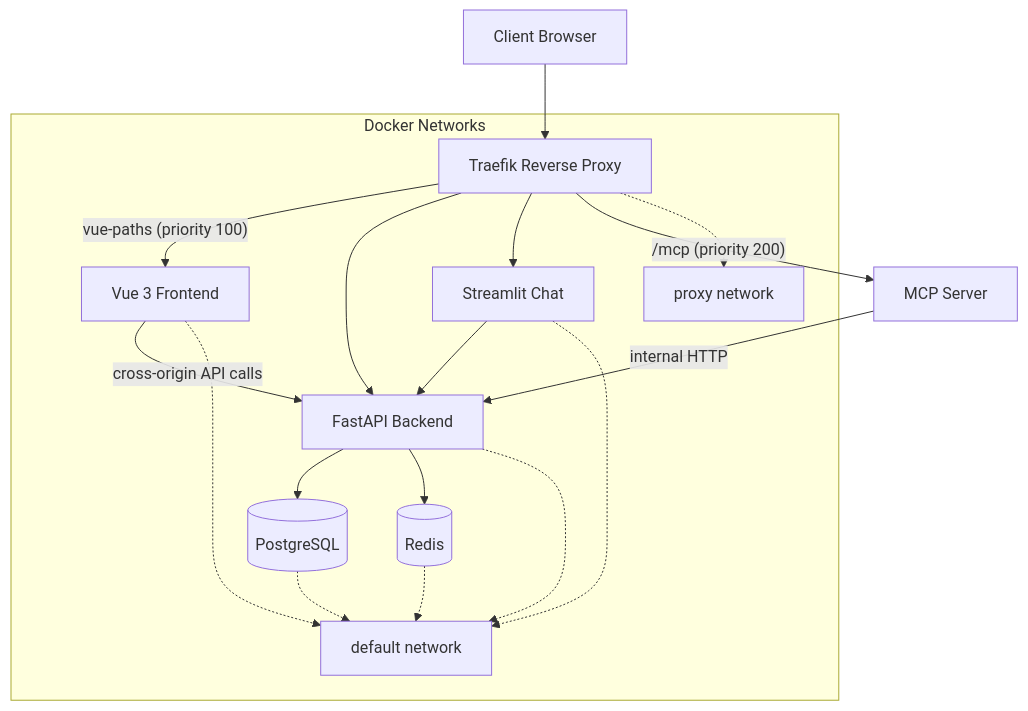
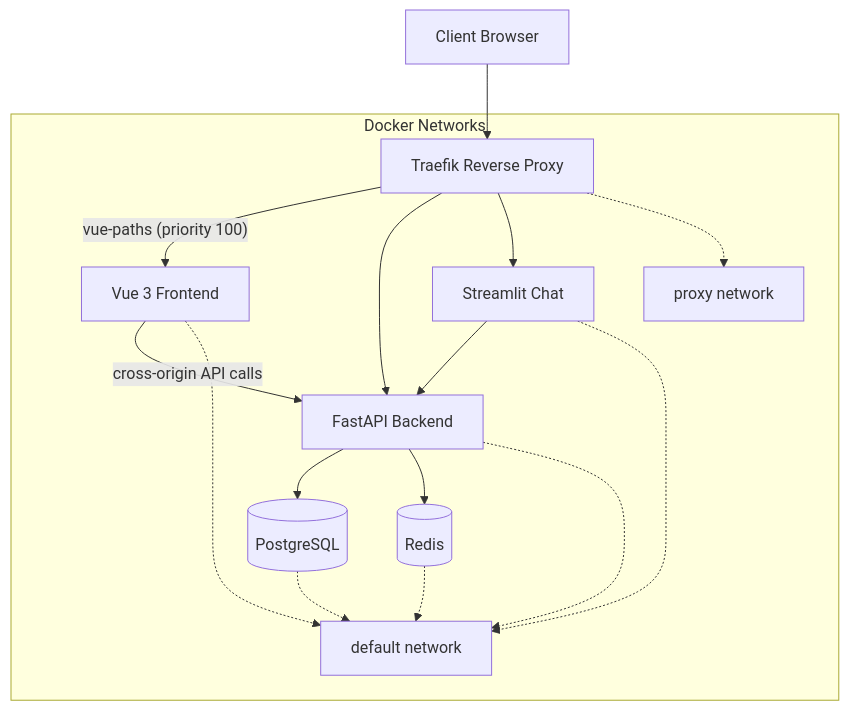
One commit to datapointchris/ichrisbirch changed the diagram in docs/traefik-deployment.md. Above: the diagram before and after it, drawn with Mermaid. The commit also changed 8 other files, not shown here.

````diff
--- a/docs/traefik-deployment.md
+++ b/docs/traefik-deployment.md
@@ -112,22 +112,20 @@
 ```mermaid
 graph TB
     Client[Client Browser] --> Traefik[Traefik Reverse Proxy]
     Traefik -->|"vue-paths (priority 100)"| VUE[Vue 3 Frontend]
     Traefik --> API[FastAPI Backend]
     Traefik --> CHAT[Streamlit Chat]
-    Traefik -->|"/mcp (priority 200)"| MCP[MCP Server]
     VUE -->|"cross-origin API calls"| API
-    MCP -->|"internal HTTP"| API
     API --> DB[(PostgreSQL)]
     API --> CACHE[(Redis)]
     CHAT --> API
 
     subgraph "Docker Networks"
         Traefik -.-> PROXY[proxy network]
         API -.-> DEFAULT[default network]
         VUE -.-> DEFAULT
         CHAT -.-> DEFAULT
         DB -.-> DEFAULT
         CACHE -.-> DEFAULT
     end
 ```
````
